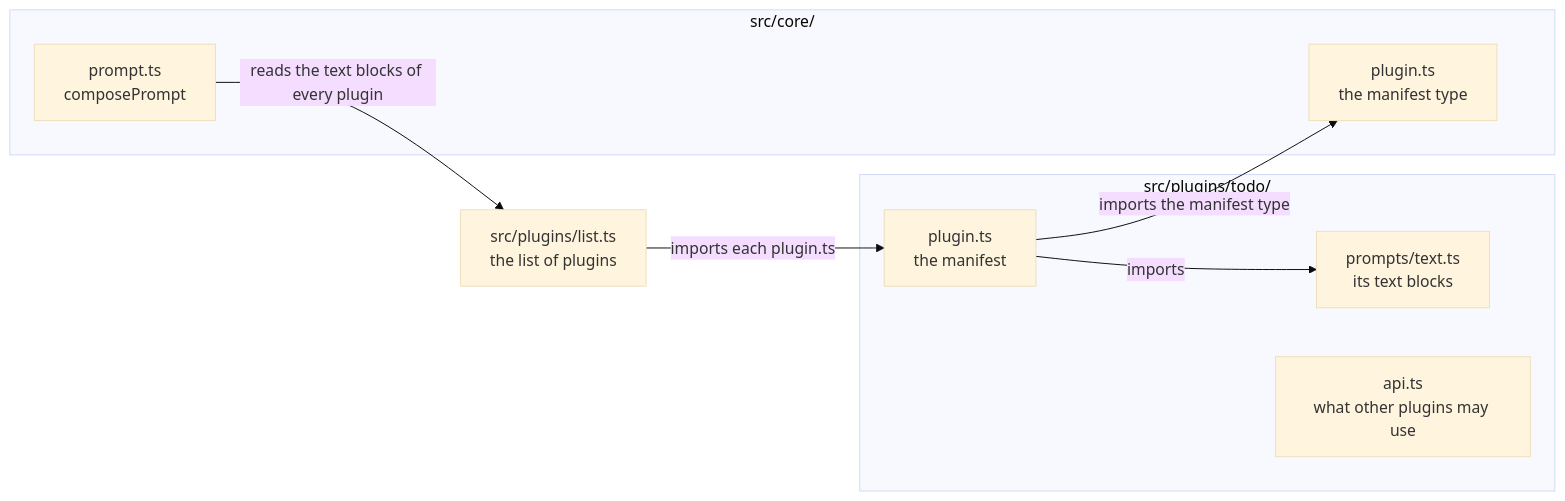
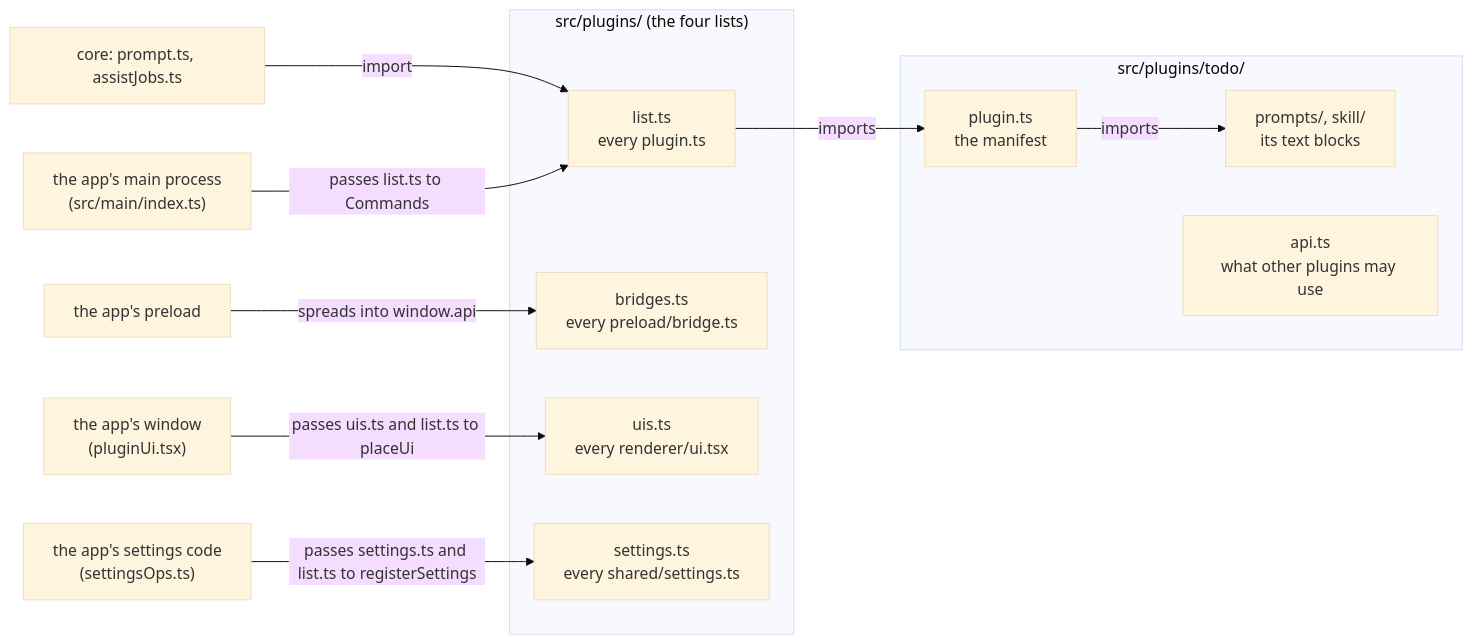
Before and after one commit to superkoh/koloft: the first of 2 diagrams in docs/plugin-format.md, drawn with Mermaid (base theme). The commit also changed other lines of this file, not shown here.

First line of the commit message:
docs(plugins): the plugin format reference says how each plugin plugs in today (#2148)

````diff
--- a/docs/plugin-format.md
+++ b/docs/plugin-format.md
@@ -92,16 +118,21 @@
 ```mermaid
 flowchart LR
-  subgraph core["src/core/"]
-    coreType["plugin.ts<br/>the manifest type"]
-    corePrompt["prompt.ts<br/>composePrompt"]
+  subgraph lists["src/plugins/ (the four lists)"]
+    list["list.ts<br/>every plugin.ts"]
+    bridges["bridges.ts<br/>every preload/bridge.ts"]
+    uis["uis.ts<br/>every renderer/ui.tsx"]
+    settings["settings.ts<br/>every shared/settings.ts"]
   end
-  corePrompt -->|reads the text blocks of every plugin| list
-  list["src/plugins/list.ts<br/>the list of plugins"] -->|imports each plugin.ts| manifest
+  prompt["core: prompt.ts, assistJobs.ts"] -->|import| list
+  appMain["the app's main process<br/>(src/main/index.ts)"] -->|"passes list.ts to Commands"| list
+  preload["the app's preload"] -->|spreads into window.api| bridges
+  window["the app's window<br/>(pluginUi.tsx)"] -->|"passes uis.ts and list.ts to placeUi"| uis
+  settingsOps["the app's settings code<br/>(settingsOps.ts)"] -->|"passes settings.ts and list.ts to registerSettings"| settings
+  list -->|imports| manifest
   subgraph plugin["src/plugins/todo/"]
     manifest["plugin.ts<br/>the manifest"]
-    text["prompts/text.ts<br/>its text blocks"]
+    text["prompts/, skill/<br/>its text blocks"]
     api["api.ts<br/>what other plugins may use"]
   end
   manifest -->|imports| text
-  manifest -->|imports the manifest type| coreType
 ```
````
